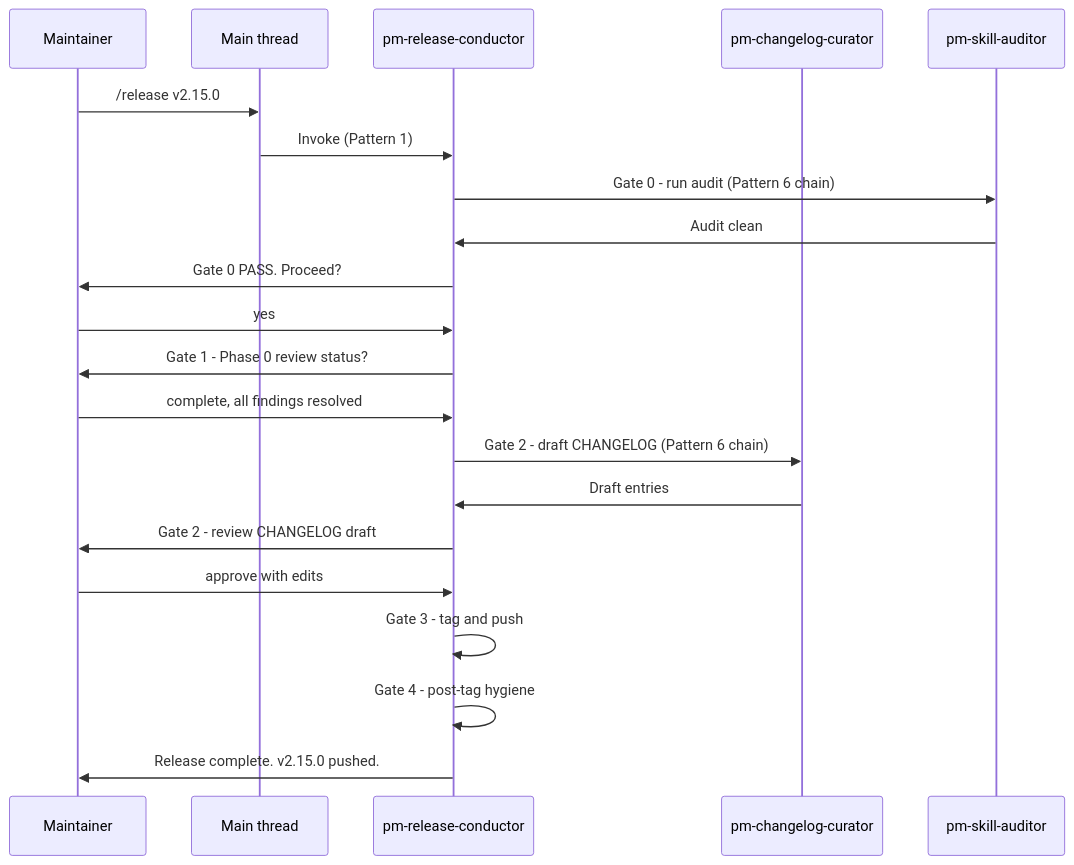
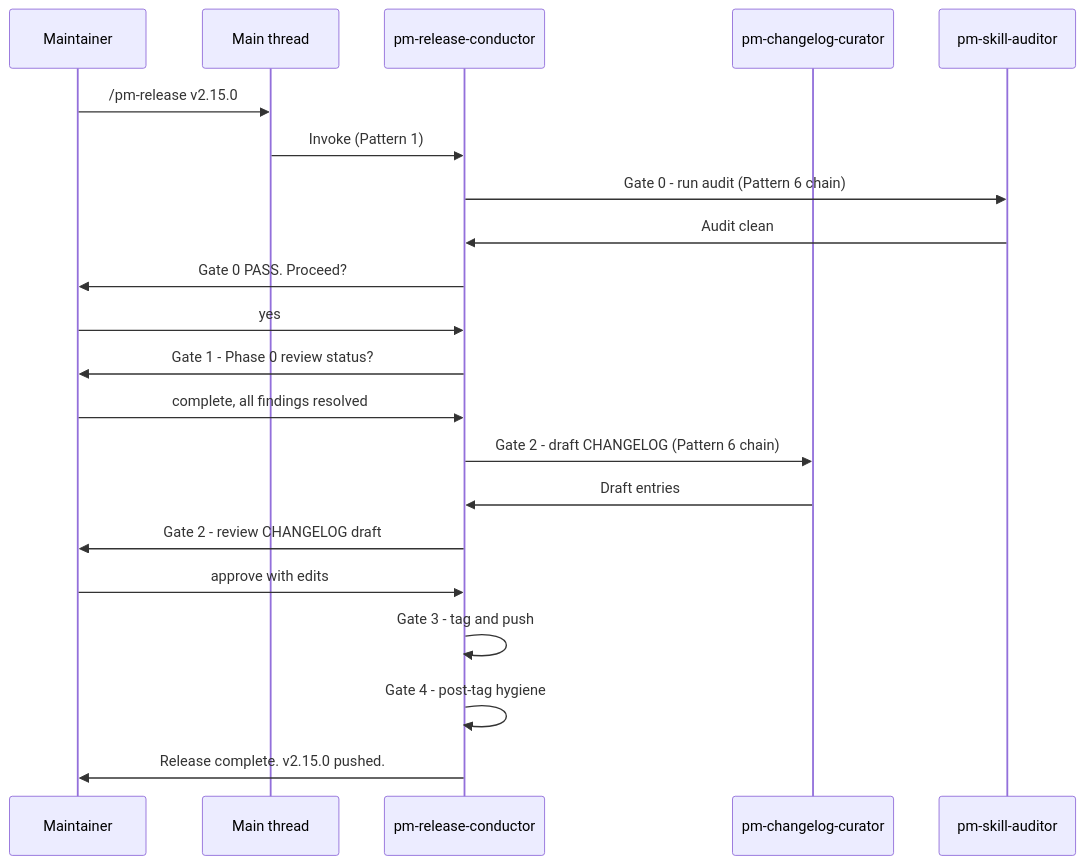
The sixth of 8 diagrams in docs/internal/_working/subagents/subagent-strategy_2026-05-07.md (product-on-purpose/pm-skills), drawn with Mermaid before and after one commit. The commit also changed other lines of this file and 55 other files, not shown here.

````diff
--- a/docs/internal/_working/subagents/subagent-strategy_2026-05-07.md
+++ b/docs/internal/_working/subagents/subagent-strategy_2026-05-07.md
@@ -537,24 +537,24 @@
 ```mermaid
 sequenceDiagram
     participant M as Maintainer
     participant T as Main thread
     participant C as pm-release-conductor
     participant CL as pm-changelog-curator
     participant A as pm-skill-auditor
 
-    M->>T: /release v2.15.0
+    M->>T: /pm-release v2.15.0
     T->>C: Invoke (Pattern 1)
     C->>A: Gate 0 - run audit (Pattern 6 chain)
     A->>C: Audit clean
     C->>M: Gate 0 PASS. Proceed?
     M->>C: yes
     C->>M: Gate 1 - Phase 0 review status?
     M->>C: complete, all findings resolved
     C->>CL: Gate 2 - draft CHANGELOG (Pattern 6 chain)
     CL->>C: Draft entries
     C->>M: Gate 2 - review CHANGELOG draft
     M->>C: approve with edits
     C->>C: Gate 3 - tag and push
     C->>C: Gate 4 - post-tag hygiene
     C->>M: Release complete. v2.15.0 pushed.
 ```
````
